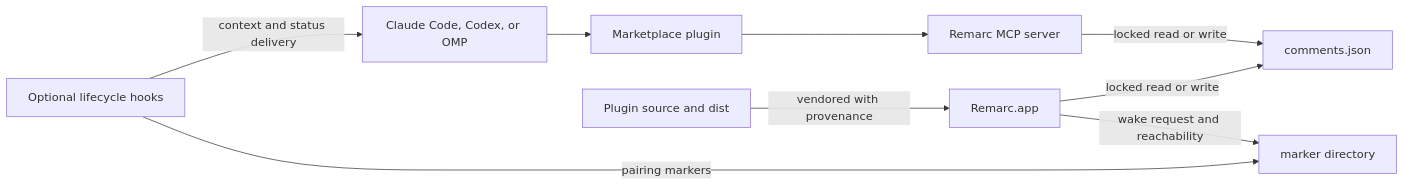
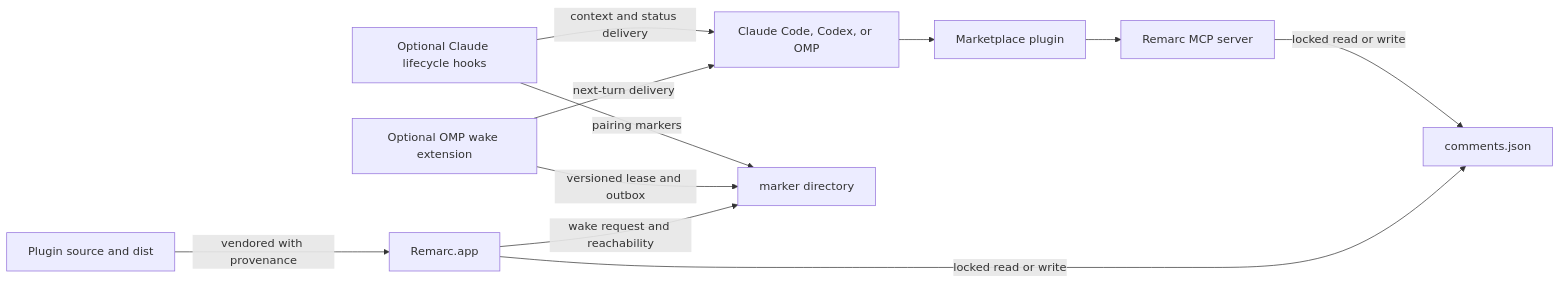
One commit to metedata/remarc-agent-plugins changed the diagram in docs/architecture.md. Above: the diagram before and after it, drawn with Mermaid. The commit also changed other lines of this file and 28 other files, not shown here.

````diff
--- a/docs/architecture.md
+++ b/docs/architecture.md
@@ -7,11 +7,13 @@
 ```mermaid
 flowchart LR
     A["Claude Code, Codex, or OMP"] --> P["Marketplace plugin"]
     P --> M["Remarc MCP server"]
     M -->|"locked read or write"| D["comments.json"]
     R["Remarc.app"] -->|"locked read or write"| D
-    H["Optional lifecycle hooks"] -->|"context and status delivery"| A
+    H["Optional Claude lifecycle hooks"] -->|"context and status delivery"| A
     H -->|"pairing markers"| K["marker directory"]
+    W["Optional OMP wake extension"] -->|"next-turn delivery"| A
+    W -->|"versioned lease and outbox"| K
     R -->|"wake request and reachability"| K
     S["Plugin source and dist"] -->|"vendored with provenance"| R
 ```
````
